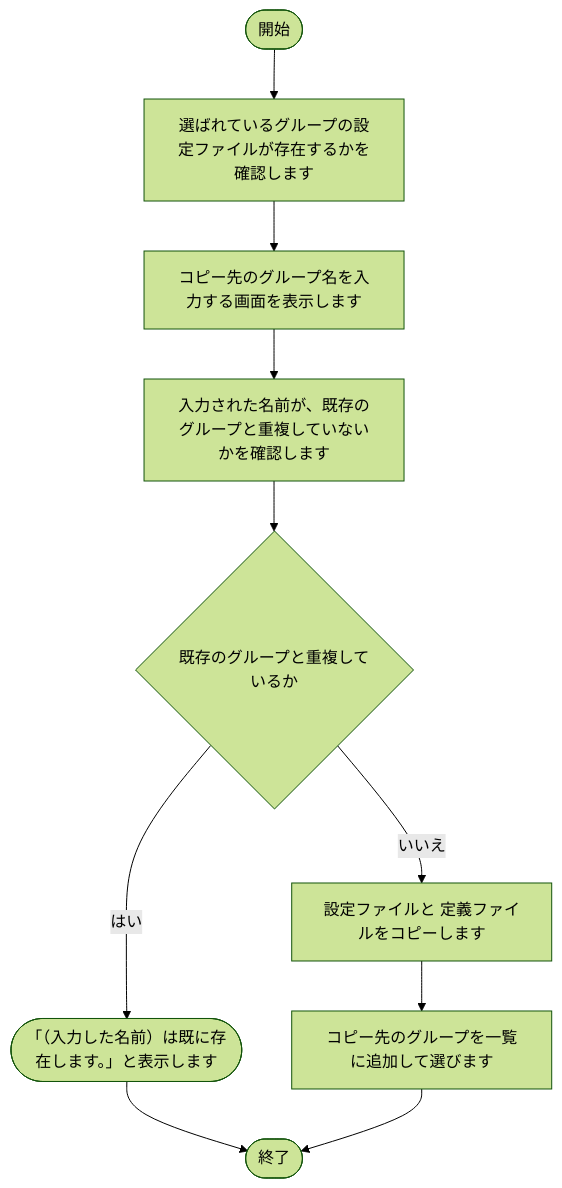
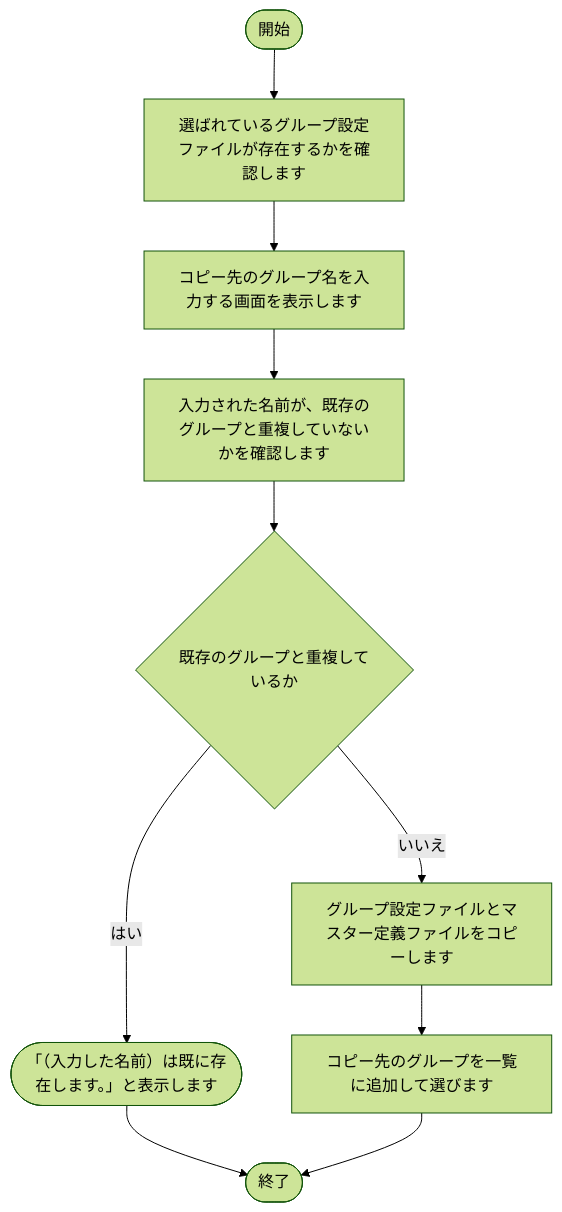
One commit to nishida2073/project_management changed diagram 13 of 25 in tool/kintone-aggregator/doc/02_設計/処理フロー.md. Above: the diagram before and after it, drawn with Mermaid (forest theme). The commit also changed other lines of this file and 21 other files, not shown here.

````diff
--- a/tool/kintone-aggregator/doc/02_設計/処理フロー.md
+++ b/tool/kintone-aggregator/doc/02_設計/処理フロー.md
@@ -349,21 +349,21 @@
 ```mermaid
 flowchart TD
     S(["開始"])
     E(["終了"])
-    N1["選ばれているグループの設定ファイルが存在するかを確認します"]
+    N1["選ばれているグループ設定ファイルが存在するかを確認します"]
     S --> N1
     N2["コピー先のグループ名を入力する画面を表示します"]
     N1 --> N2
     N3["入力された名前が、既存のグループと重複していないかを確認します"]
     N2 --> N3
     N6{"既存のグループと重複しているか"}
     N3 --> N6
     X6(["「（入力した名前）は既に存在します。」と表示します"])
     N6 -- はい --> X6
     X6 --> E
-    N4["設定ファイルと 定義ファイルをコピーします"]
+    N4["グループ設定ファイルとマスター定義ファイルをコピーします"]
     N6 -- いいえ --> N4
     N5["コピー先のグループを一覧に追加して選びます"]
     N4 --> N5
     N5 --> E
 ```
````
